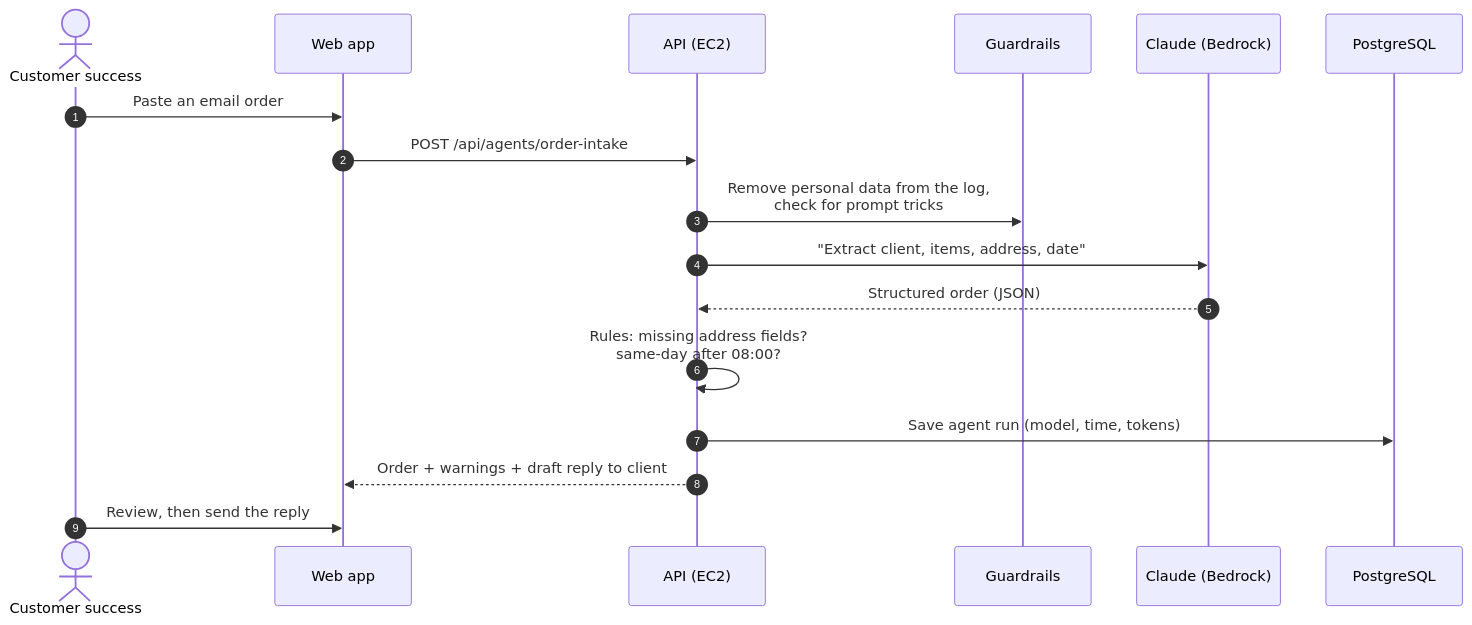
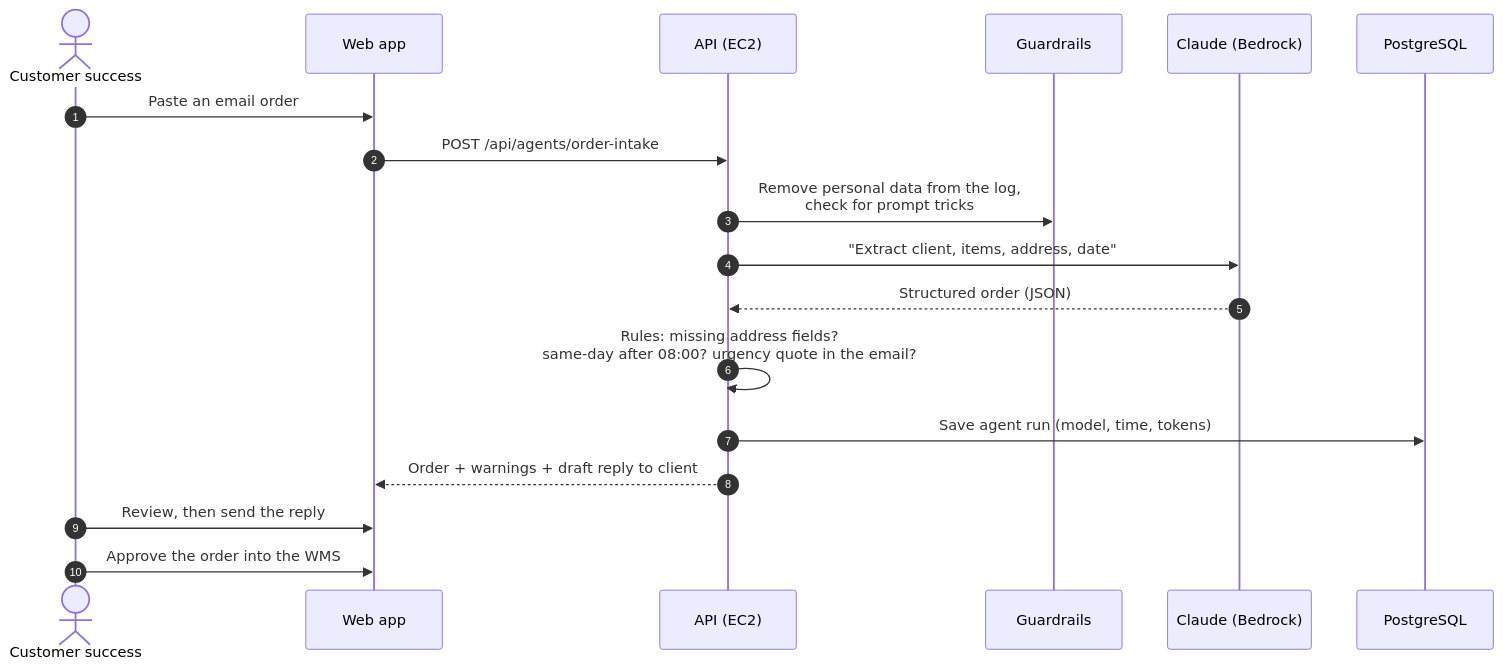
The seventh of 9 diagrams in docs/04-solution-and-architecture.md (saimuthiki/halcyon-deliverylens), drawn with Mermaid before and after one commit. The commit also changed other lines of this file and 57 other files, not shown here.

First line of the commit message:
Add late same-day order rules, human approval, recovery plans and complaint search

````diff
--- a/docs/04-solution-and-architecture.md
+++ b/docs/04-solution-and-architecture.md
@@ -198,19 +198,20 @@
 ```mermaid
 sequenceDiagram
   autonumber
   actor CS as Customer success
   participant UI as Web app
   participant API as API (EC2)
   participant GR as Guardrails
   participant AI as Claude (Bedrock)
   participant DB as PostgreSQL
   CS->>UI: Paste an email order
   UI->>API: POST /api/agents/order-intake
   API->>GR: Remove personal data from the log,<br/>check for prompt tricks
   API->>AI: "Extract client, items, address, date"
   AI-->>API: Structured order (JSON)
-  API->>API: Rules: missing address fields?<br/>same-day after 08:00?
+  API->>API: Rules: missing address fields?<br/>same-day after 08:00? urgency quote in the email?
   API->>DB: Save agent run (model, time, tokens)
   API-->>UI: Order + warnings + draft reply to client
   CS->>UI: Review, then send the reply
+  CS->>UI: Approve the order into the WMS
 ```
````
